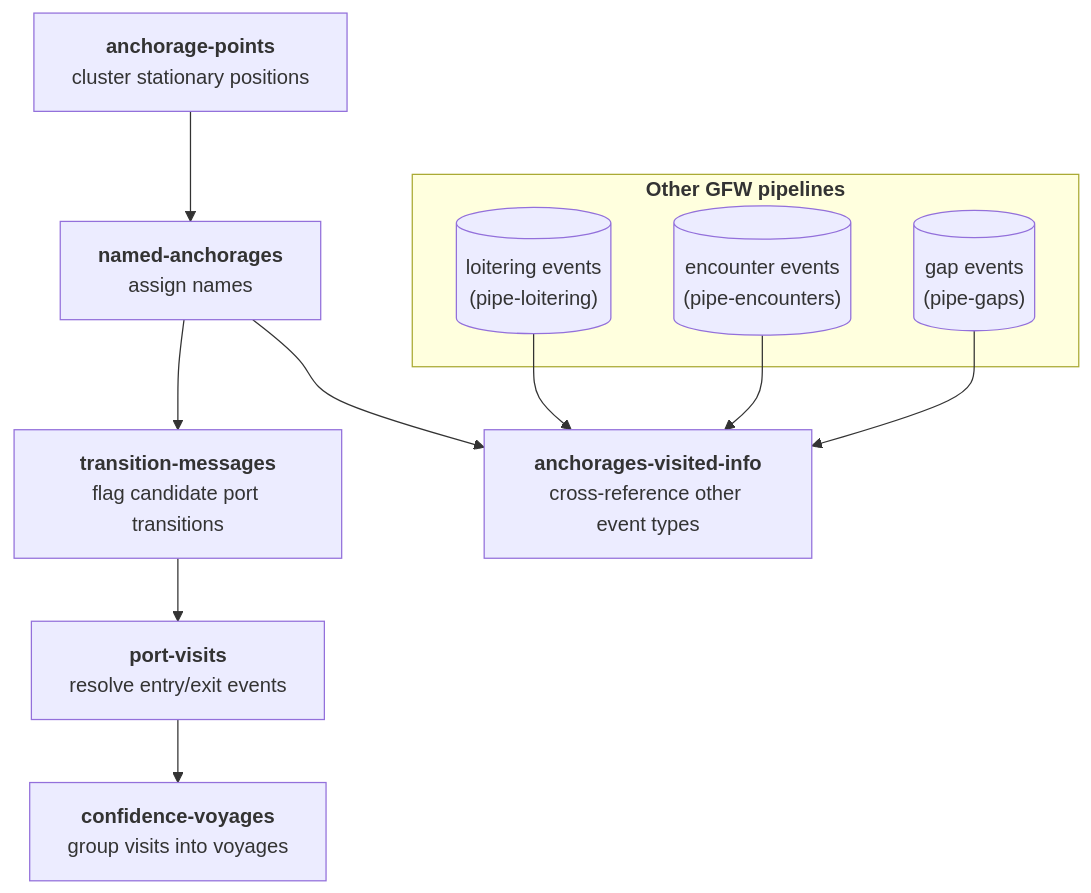
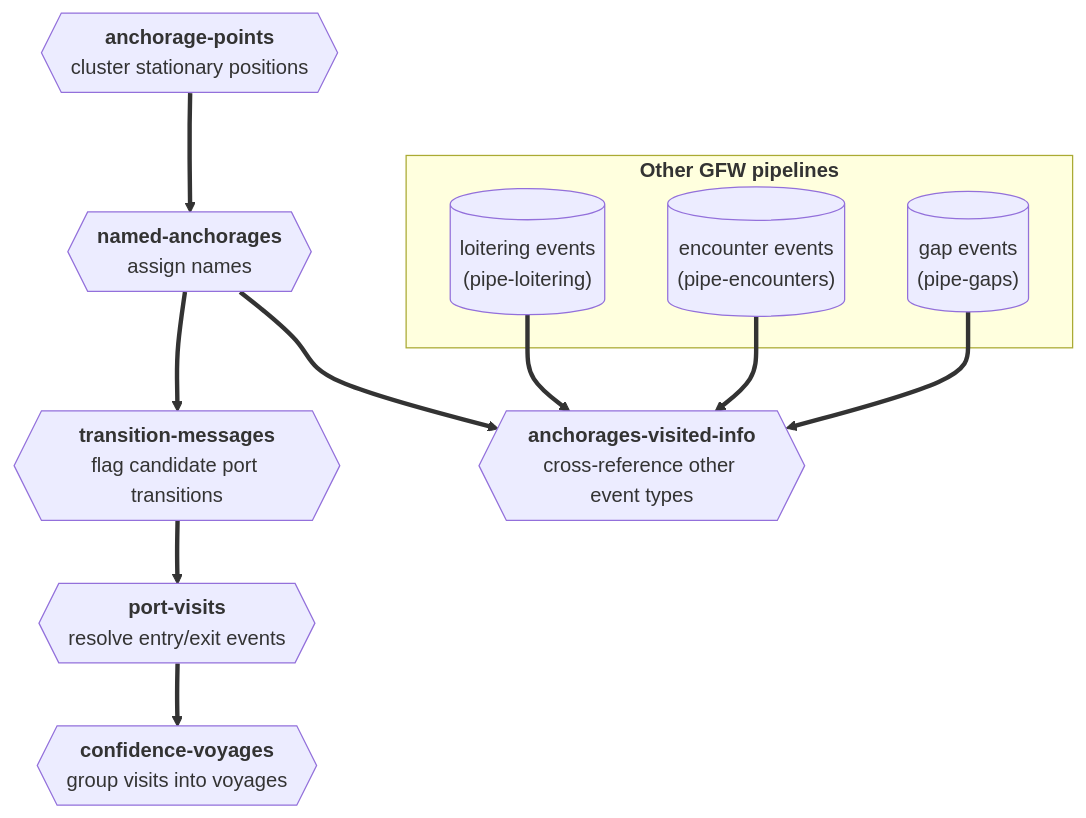
Before and after one commit to GlobalFishingWatch/pipe-anchorages: the diagram in README.md, drawn with Mermaid.

Commit message:
Use hexagon shapes for pipeline stages, matching pipe-regions/pipe-nmea
Checked pipe-nmea's own README directly: process/transform steps use
{{...}} hexagons there (same convention pipe-regions uses for its
Airflow task nodes), and <b>...</b> HTML tags are the confirmed-working
way to bold text inside a node label (used in its PubSub topic node).
Switched the 6 command nodes from rectangles to hexagons, and the
arrows to ==> to match the thick-arrow style used throughout all three
reference repos' diagrams.

````diff
--- a/README.md
+++ b/README.md
@@ -71,21 +71,21 @@
 ```mermaid
 flowchart TD
-    AP["`**anchorage-points**<br/>cluster stationary positions`"]
-    NA["`**named-anchorages**<br/>assign names`"]
-    TM["`**transition-messages**<br/>flag candidate port transitions`"]
-    PV["`**port-visits**<br/>resolve entry/exit events`"]
-    CV["`**confidence-voyages**<br/>group visits into voyages`"]
-    AVI["`**anchorages-visited-info**<br/>cross-reference other event types`"]
+    AP{{"<b>anchorage-points</b><br/>cluster stationary positions"}}
+    NA{{"<b>named-anchorages</b><br/>assign names"}}
+    TM{{"<b>transition-messages</b><br/>flag candidate port transitions"}}
+    PV{{"<b>port-visits</b><br/>resolve entry/exit events"}}
+    CV{{"<b>confidence-voyages</b><br/>group visits into voyages"}}
+    AVI{{"<b>anchorages-visited-info</b><br/>cross-reference other event types"}}
 
-    subgraph OTHER["`**Other GFW pipelines**`"]
+    subgraph OTHER["<b>Other GFW pipelines</b>"]
         LOI[("loitering events<br/>(pipe-loitering)")]
         ENC[("encounter events<br/>(pipe-encounters)")]
         GAP[("gap events<br/>(pipe-gaps)")]
     end
 
-    AP --> NA --> TM --> PV --> CV
-    NA --> AVI
-    LOI --> AVI
-    ENC --> AVI
-    GAP --> AVI
+    AP ==> NA ==> TM ==> PV ==> CV
+    NA ==> AVI
+    LOI ==> AVI
+    ENC ==> AVI
+    GAP ==> AVI
 ```
````
